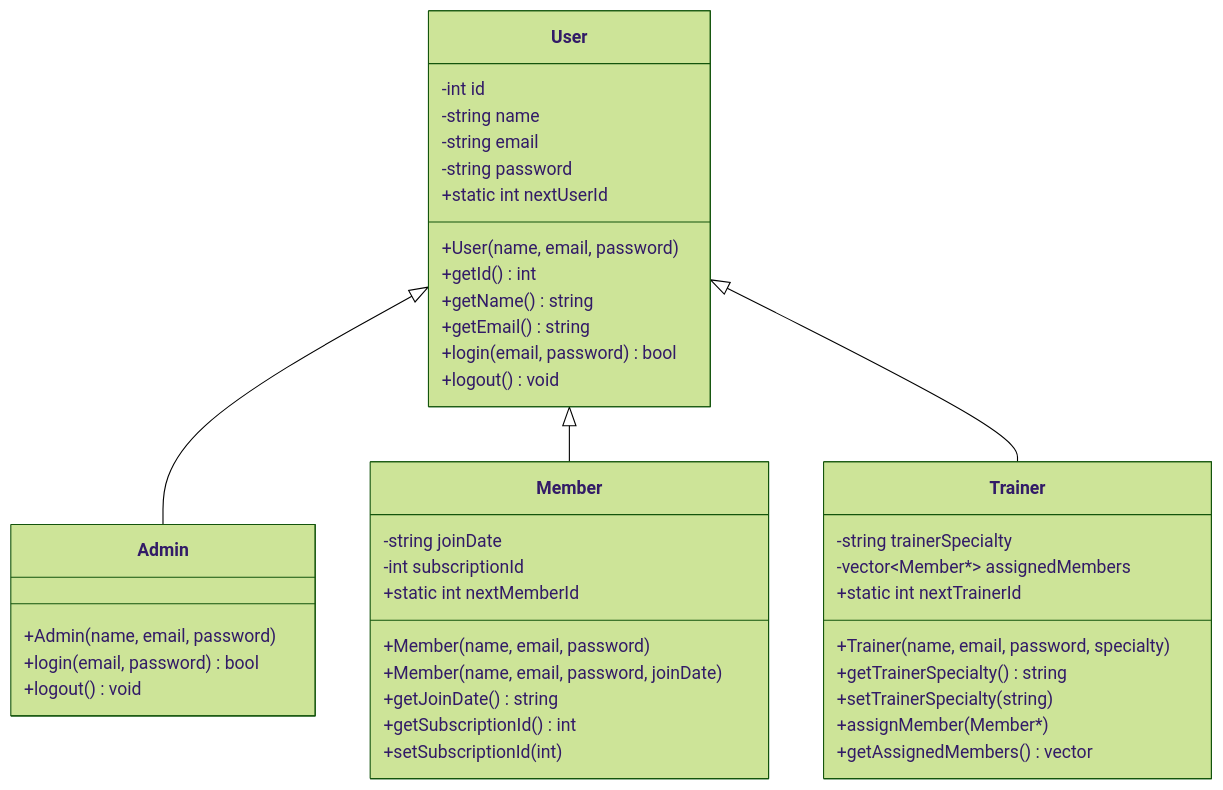
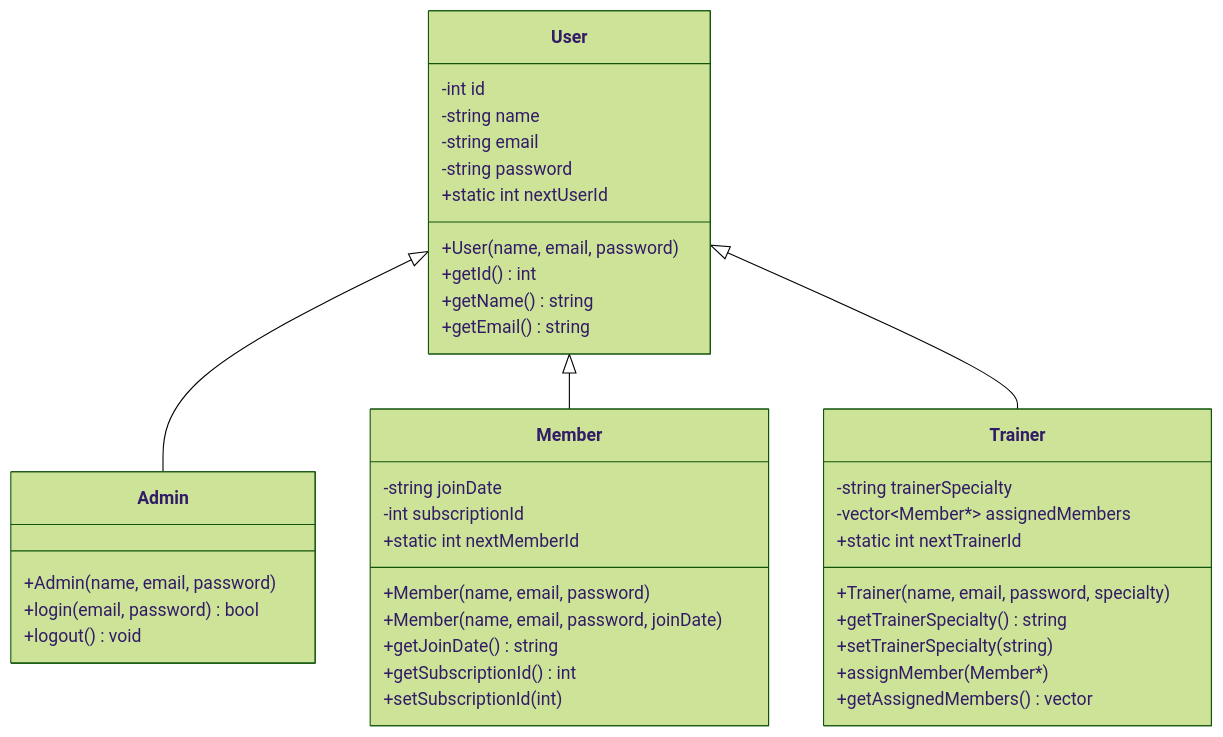
The second of 6 diagrams in README.md (M0hamed-Awad/El-Forma), drawn with Mermaid (forest theme) before and after one commit.

Commit message:
Remove login and logout methods from User class
Removed login and logout methods from User class.

````diff
--- a/README.md
+++ b/README.md
@@ -65,48 +65,46 @@
 ```mermaid
 classDiagram
     User <|-- Admin
     User <|-- Member
     User <|-- Trainer
     
     class User {
         -int id
         -string name
         -string email
         -string password
         +static int nextUserId
         +User(name, email, password)
         +getId() int
         +getName() string
         +getEmail() string
-        +login(email, password) bool
-        +logout() void
     }
     
     class Admin {
         +Admin(name, email, password)
         +login(email, password) bool
         +logout() void
     }
     
     class Member {
         -string joinDate
         -int subscriptionId
         +static int nextMemberId
         +Member(name, email, password)
         +Member(name, email, password, joinDate)
         +getJoinDate() string
         +getSubscriptionId() int
         +setSubscriptionId(int)
     }
     
     class Trainer {
         -string trainerSpecialty
         -vector~Member*~ assignedMembers
         +static int nextTrainerId
         +Trainer(name, email, password, specialty)
         +getTrainerSpecialty() string
         +setTrainerSpecialty(string)
         +assignMember(Member*)
         +getAssignedMembers() vector
     }
 ```
````
